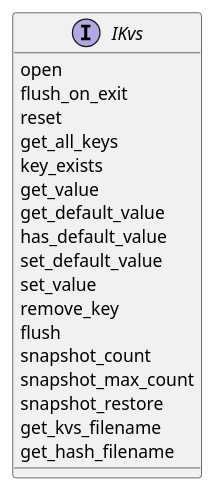
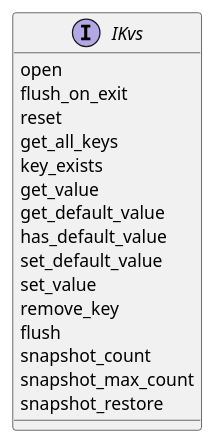
The diagram in docs/features/persistency/kvs/architecture/_assets/kvs_interface.puml (umaucher/score), drawn with PlantUML before and after one commit. The commit also changed 6 other files, not shown here.

Commit message:
persistency_kvs: integrated review comments from feature architecture

```diff
--- a/docs/features/persistency/kvs/architecture/_assets/kvs_interface.puml
+++ b/docs/features/persistency/kvs/architecture/_assets/kvs_interface.puml
@@ -1,23 +1,21 @@
 @startuml
 
 interface IKvs {
     open
     flush_on_exit
     reset
     get_all_keys
     key_exists
     get_value
     get_default_value
     has_default_value
     set_default_value
     set_value
     remove_key
     flush
     snapshot_count
     snapshot_max_count
     snapshot_restore
-    get_kvs_filename
-    get_hash_filename
 }
 
 @enduml
```
